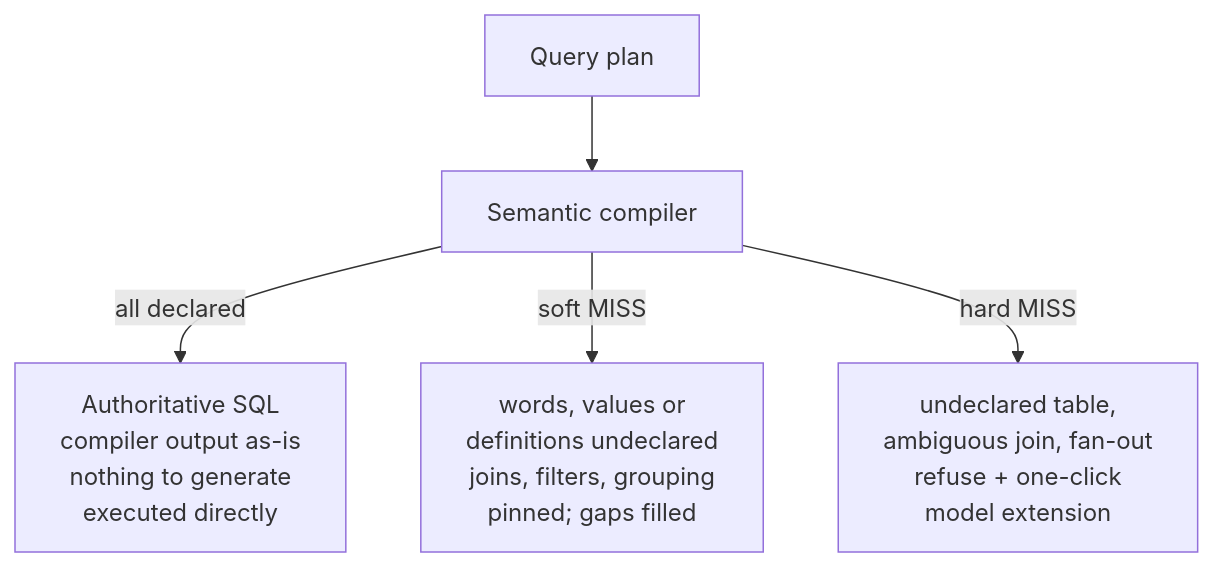
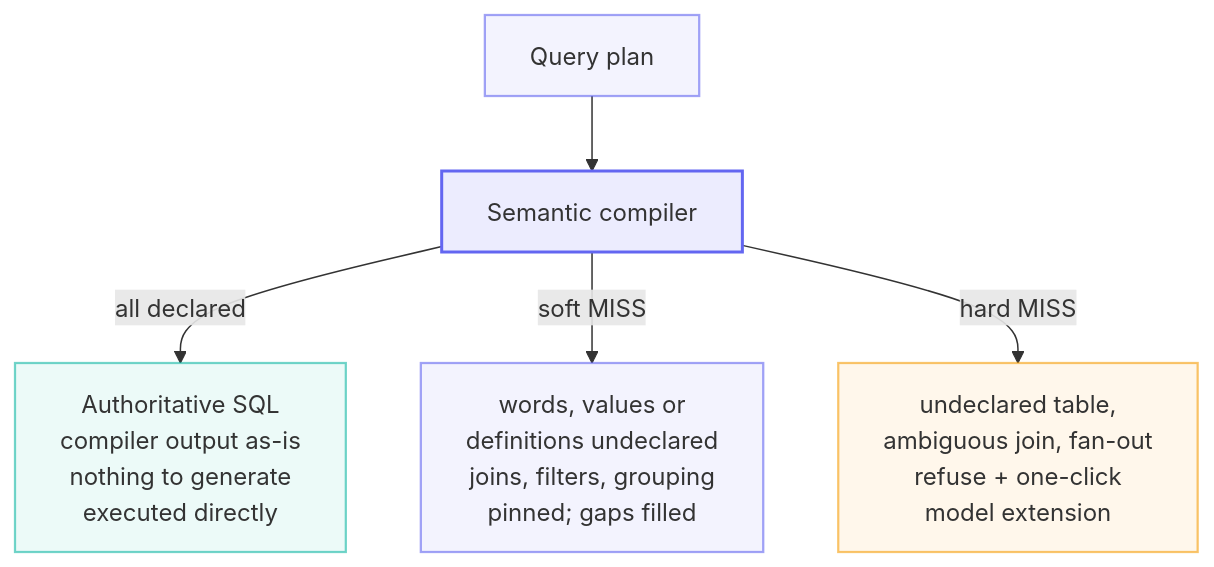
Before and after one commit to Nivane/trove: the fourth of 4 diagrams in README.en.md, drawn with Mermaid. The commit also changed other lines of this file and 33 other files, not shown here.

First line of the commit message:
docs: 配色语言铺满其余 37 图 —— docs 32 页 + README 双语 4 块

````diff
--- a/README.en.md
+++ b/README.en.md
@@ -174,7 +182,12 @@
 ```mermaid
 flowchart TB
-    PLAN["Query plan"] --> C["Semantic compiler"]
-    C -->|"all declared"| OK["Authoritative SQL<br/>compiler output as-is<br/>nothing to generate<br/>executed directly"]
-    C -->|"soft MISS"| PC["words, values or<br/>definitions undeclared<br/>joins, filters, grouping<br/>pinned; gaps filled"]
-    C -->|"hard MISS"| MISS["undeclared table,<br/>ambiguous join, fan-out<br/>refuse + one-click<br/>model extension"]
+    %% same palette: semantic layer indigo (the compiler is the protagonist here, 2px) · authoritative output teal · hard boundary verdict amber
+    PLAN["Query plan"]:::gen --> C["Semantic compiler"]:::core
+    C -->|"all declared"| OK["Authoritative SQL<br/>compiler output as-is<br/>nothing to generate<br/>executed directly"]:::exec
+    C -->|"soft MISS"| PC["words, values or<br/>definitions undeclared<br/>joins, filters, grouping<br/>pinned; gaps filled"]:::gen
+    C -->|"hard MISS"| MISS["undeclared table,<br/>ambiguous join, fan-out<br/>refuse + one-click<br/>model extension"]:::gate
+    classDef gen fill:#6366f114,stroke:#6366f199,stroke-width:1.5px;
+    classDef core fill:#6366f11f,stroke:#6366f1,stroke-width:2px;
+    classDef exec fill:#14b8a614,stroke:#14b8a699,stroke-width:1.5px;
+    classDef gate fill:#f59e0b14,stroke:#f59e0b99,stroke-width:1.5px;
 ```
````
